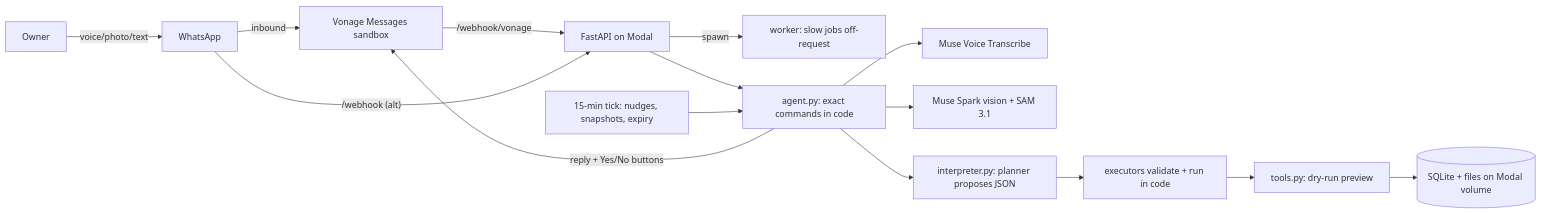
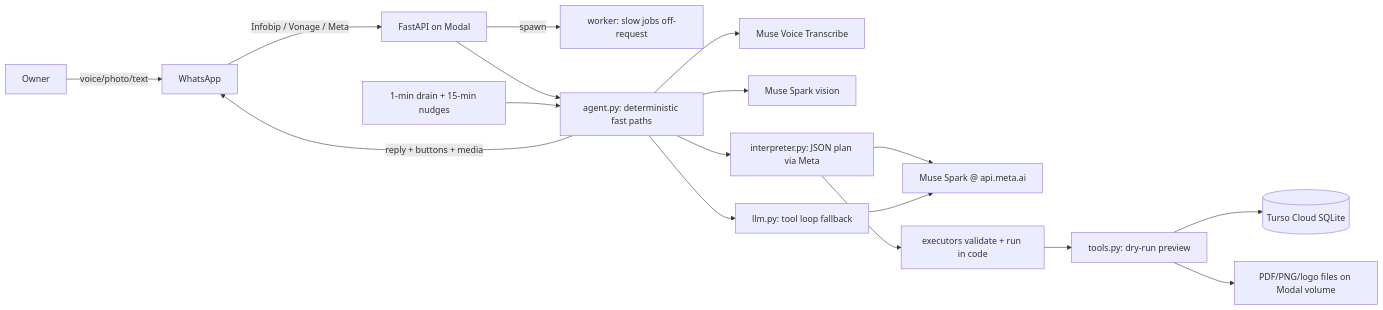
Before and after one commit to DonovandeKlerk/sisi: the diagram in README.md, drawn with Mermaid. The commit also changed other lines of this file and 9 other files, not shown here.

````diff
--- a/README.md
+++ b/README.md
@@ -14,17 +14,19 @@
 ```mermaid
 flowchart LR
     Owner -- voice/photo/text --> WA[WhatsApp]
-    WA -- inbound --> VON[Vonage Messages sandbox]
-    VON -- "/webhook/vonage" --> API[FastAPI on Modal]
-    WA -- "/webhook (alt)" --> API
+    WA -- Infobip / Vonage / Meta --> API[FastAPI on Modal]
     API -- spawn --> Worker[worker: slow jobs off-request]
-    API --> Agent[agent.py: exact commands in code]
+    API --> Agent[agent.py: deterministic fast paths]
     Agent --> Voice[Muse Voice Transcribe]
-    Agent --> Vision[Muse Spark vision + SAM 3.1]
-    Agent --> Plan[interpreter.py: planner proposes JSON]
+    Agent --> Vision[Muse Spark vision]
+    Agent --> Plan[interpreter.py: JSON plan via Meta]
+    Agent --> Loop[llm.py: tool loop fallback]
+    Plan --> Meta[Muse Spark @ api.meta.ai]
+    Loop --> Meta
     Plan --> Exec[executors validate + run in code]
     Exec --> Tools[tools.py: dry-run preview]
-    Tools --> DB[(SQLite + files on Modal volume)]
-    Agent -- reply + Yes/No buttons --> VON
-    CRON[15-min tick: nudges, snapshots, expiry] --> Agent
+    Tools --> DB[(Turso Cloud SQLite)]
+    Tools --> Vol[PDF/PNG/logo files on Modal volume]
+    Agent -- reply + buttons + media --> WA
+    CRON[1-min drain + 15-min nudges] --> Agent
 ```
````
